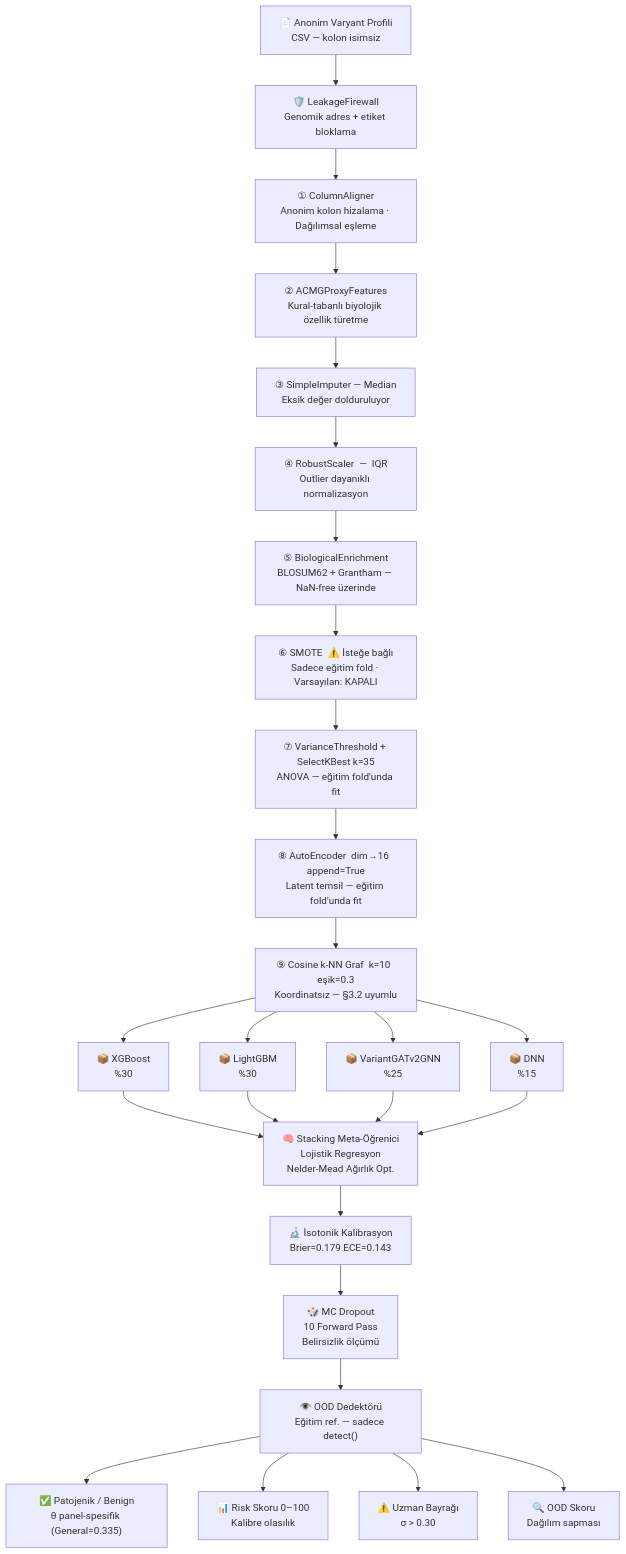
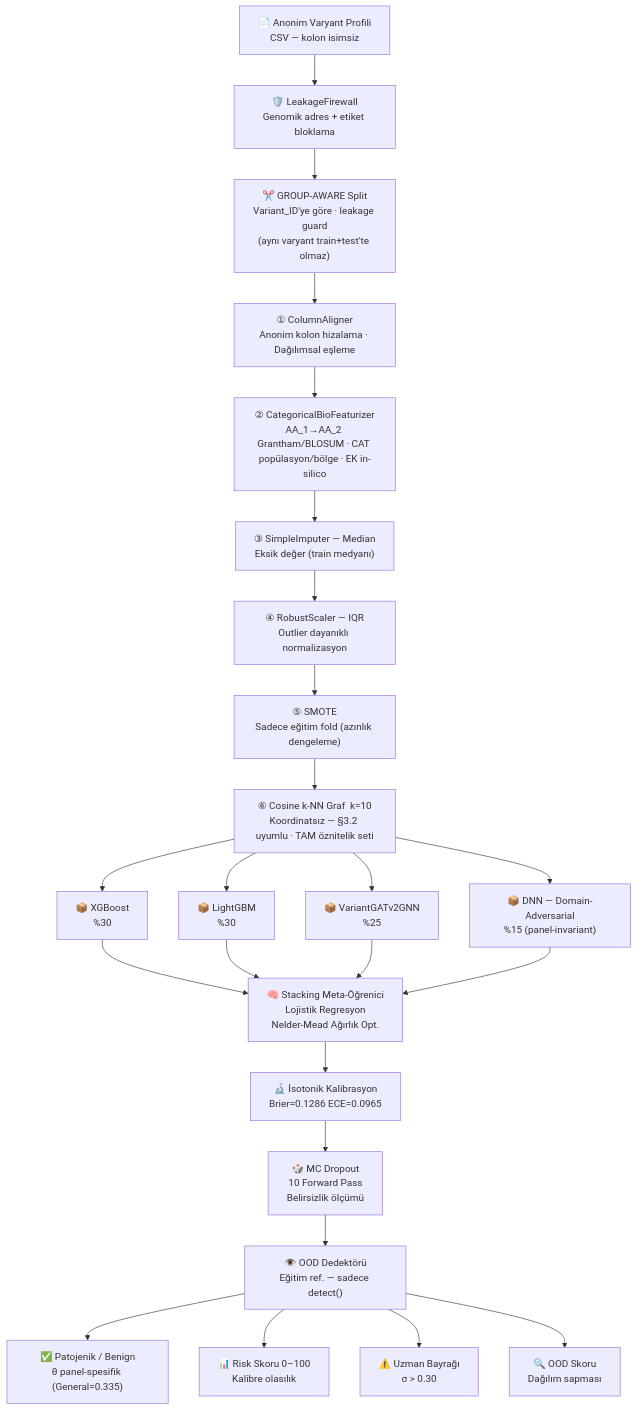
Before and after one commit to msgxr/VARIANT-GNN: the first of 16 diagrams in README.md, drawn with Mermaid. The commit also changed other lines of this file and 2 other files, not shown here.

````diff
--- a/README.md
+++ b/README.md
@@ -131,35 +131,33 @@
 ```mermaid
 flowchart TD
     A["📄 Anonim Varyant Profili\nCSV — kolon isimsiz"]
 
     A --> LFW["🛡️ LeakageFirewall\nGenomik adres + etiket bloklama"]
 
-    LFW --> P1["① ColumnAligner\nAnonim kolon hizalama · Dağılımsal eşleme"]
-    P1  --> P2["② ACMGProxyFeatures\nKural-tabanlı biyolojik özellik türetme"]
-    P2  --> P3["③ SimpleImputer  —  Median\nEksik değer dolduruluyor"]
-    P3  --> P4["④ RobustScaler  —  IQR\nOutlier dayanıklı normalizasyon"]
-    P4  --> P5["⑤ BiologicalEnrichment\nBLOSUM62 + Grantham — NaN-free üzerinde"]
-    P5  --> P6["⑥ SMOTE  ⚠️ İsteğe bağlı\nSadece eğitim fold · Varsayılan: KAPALI"]
-    P6  --> P7["⑦ VarianceThreshold + SelectKBest k=35\nANOVA — eğitim fold'unda fit"]
-    P7  --> P8["⑧ AutoEncoder  dim→16  append=True\nLatent temsil — eğitim fold'unda fit"]
-    P8  --> P9["⑨ Cosine k-NN Graf  k=10  eşik=0.3\nKoordinatsız — §3.2 uyumlu"]
+    LFW --> SPLIT["✂️ GROUP-AWARE Split\nVariant_ID'ye göre · leakage guard\n(aynı varyant train+test'te olmaz)"]
+    SPLIT --> P1["① ColumnAligner\nAnonim kolon hizalama · Dağılımsal eşleme"]
+    P1  --> P2["② CategoricalBioFeaturizer\nAA_1→AA_2 Grantham/BLOSUM · CAT popülasyon/bölge · EK in-silico"]
+    P2  --> P3["③ SimpleImputer — Median\nEksik değer (train medyanı)"]
+    P3  --> P4["④ RobustScaler — IQR\nOutlier dayanıklı normalizasyon"]
+    P4  --> P6["⑤ SMOTE\nSadece eğitim fold (azınlık dengeleme)"]
+    P6  --> P9["⑥ Cosine k-NN Graf  k=10\nKoordinatsız — §3.2 uyumlu · TAM öznitelik seti"]
 
     P9 --> M1["📦 XGBoost\n%30"]
     P9 --> M2["📦 LightGBM\n%30"]
     P9 --> M3["📦 VariantGATv2GNN\n%25"]
-    P9 --> M4["📦 DNN\n%15"]
+    P9 --> M4["📦 DNN — Domain-Adversarial\n%15 (panel-invariant)"]
 
     M1 --> ST["🧠 Stacking Meta-Öğrenici\nLojistik Regresyon\nNelder-Mead Ağırlık Opt."]
     M2 --> ST
     M3 --> ST
     M4 --> ST
 
-    ST --> ISO["🔬 İsotonik Kalibrasyon\nBrier=0.179  ECE=0.143"]
+    ST --> ISO["🔬 İsotonik Kalibrasyon\nBrier=0.1286  ECE=0.0965"]
     ISO --> MCD["🎲 MC Dropout\n10 Forward Pass\nBelirsizlik ölçümü"]
     MCD --> OOD["👁️ OOD Dedektörü\nEğitim ref. — sadece detect()"]
 
     OOD --> O1["✅ Patojenik / Benign\nθ panel-spesifik (General=0.335)"]
     OOD --> O2["📊 Risk Skoru 0–100\nKalibre olasılık"]
     OOD --> O3["⚠️ Uzman Bayrağı\nσ > 0.30"]
     OOD --> O4["🔍 OOD Skoru\nDağılım sapması"]
 ```
````
